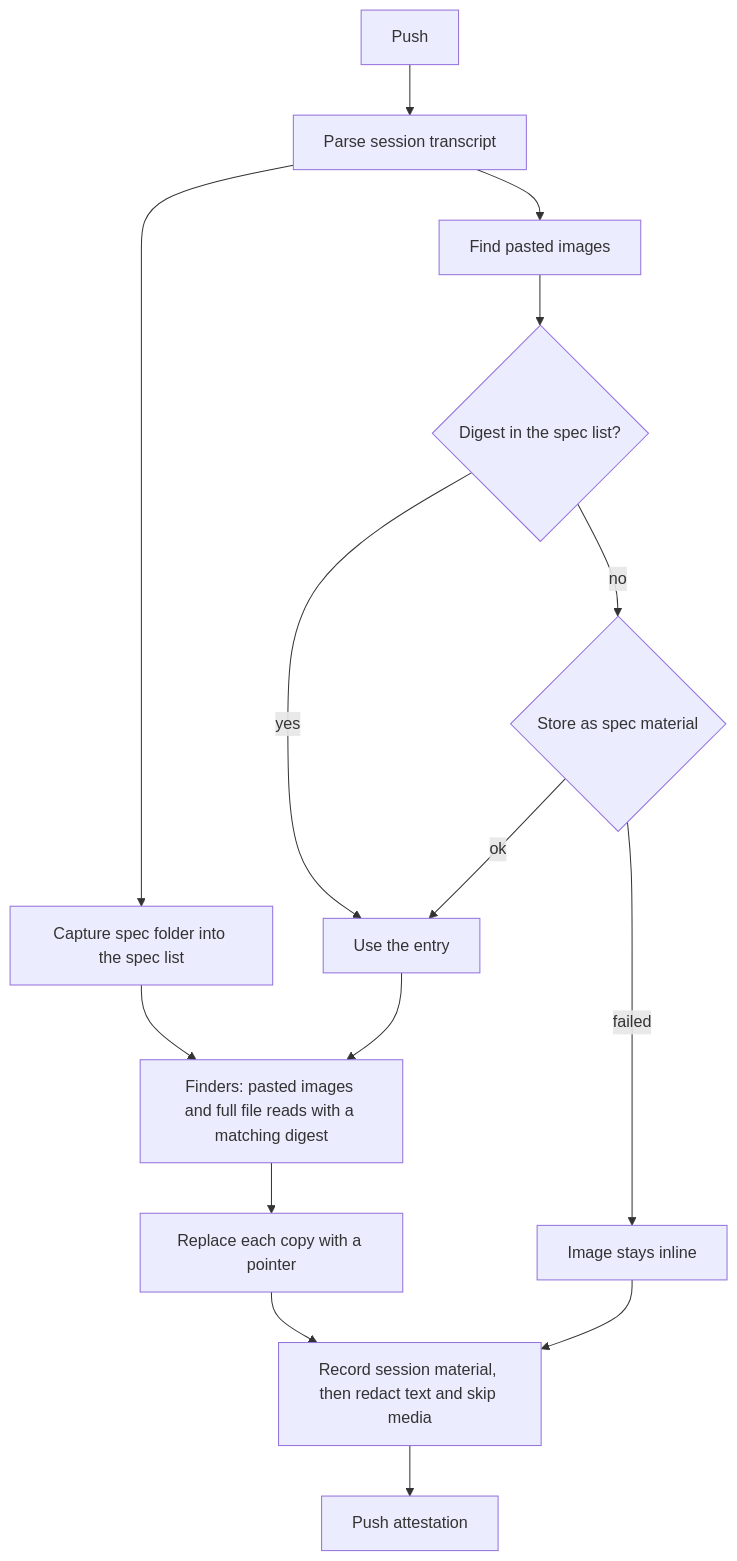
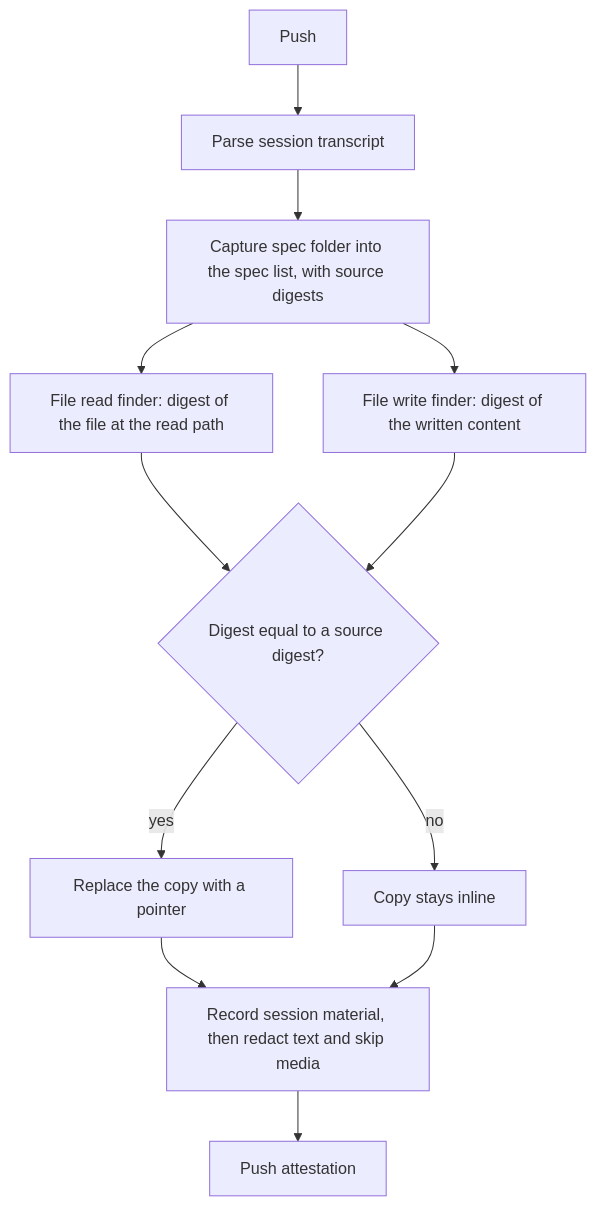
Before and after one commit to chainloop-dev/chainloop: the diagram in docs/specs/issue-3556-session-image-placeholders.md, drawn with Mermaid. The commit also changed other lines of this file, not shown here.

First line of the commit message:
spec: issue-3556 replace every exact copy of a spec source, best effort with match report

````diff
--- a/docs/specs/issue-3556-session-image-placeholders.md
+++ b/docs/specs/issue-3556-session-image-placeholders.md
@@ -155,17 +160,14 @@
 ```mermaid
 flowchart TD
     A[Push] --> B[Parse session transcript]
-    B --> C[Capture spec folder into the spec list]
-    B --> D[Find pasted images]
-    D --> E{Digest in the spec list?}
-    E -->|yes| G[Use the entry]
-    E -->|no| F{Store as spec material}
-    F -->|ok| G
-    F -->|failed| K[Image stays inline]
-    C --> H[Finders: pasted images and full file reads with a matching digest]
-    G --> H
-    H --> J[Replace each copy with a pointer]
-    J --> L[Record session material, then redact text and skip media]
-    K --> L
-    L --> M[Push attestation]
+    B --> C[Capture spec folder into the spec list, with source digests]
+    C --> D[File read finder: digest of the file at the read path]
+    C --> E[File write finder: digest of the written content]
+    D --> F{Digest equal to a source digest?}
+    E --> F
+    F -->|yes| G[Replace the copy with a pointer]
+    F -->|no| H[Copy stays inline]
+    G --> I[Record session material, then redact text and skip media]
+    H --> I
+    I --> J[Push attestation]
 ```
````
